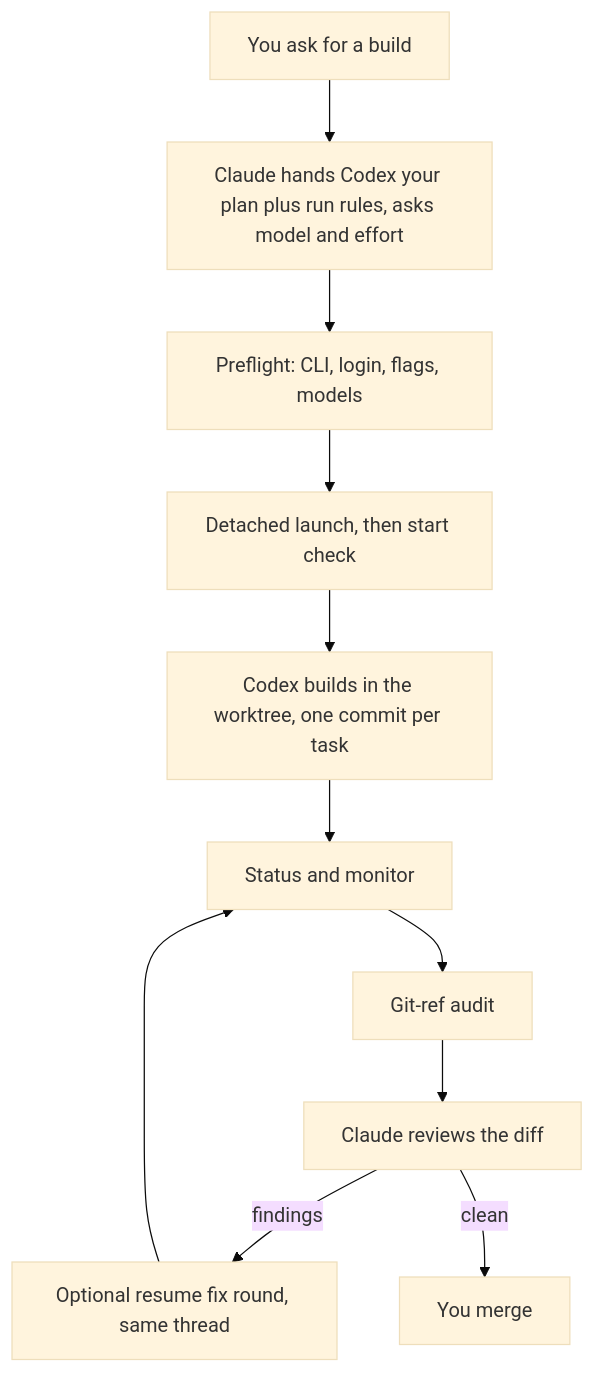
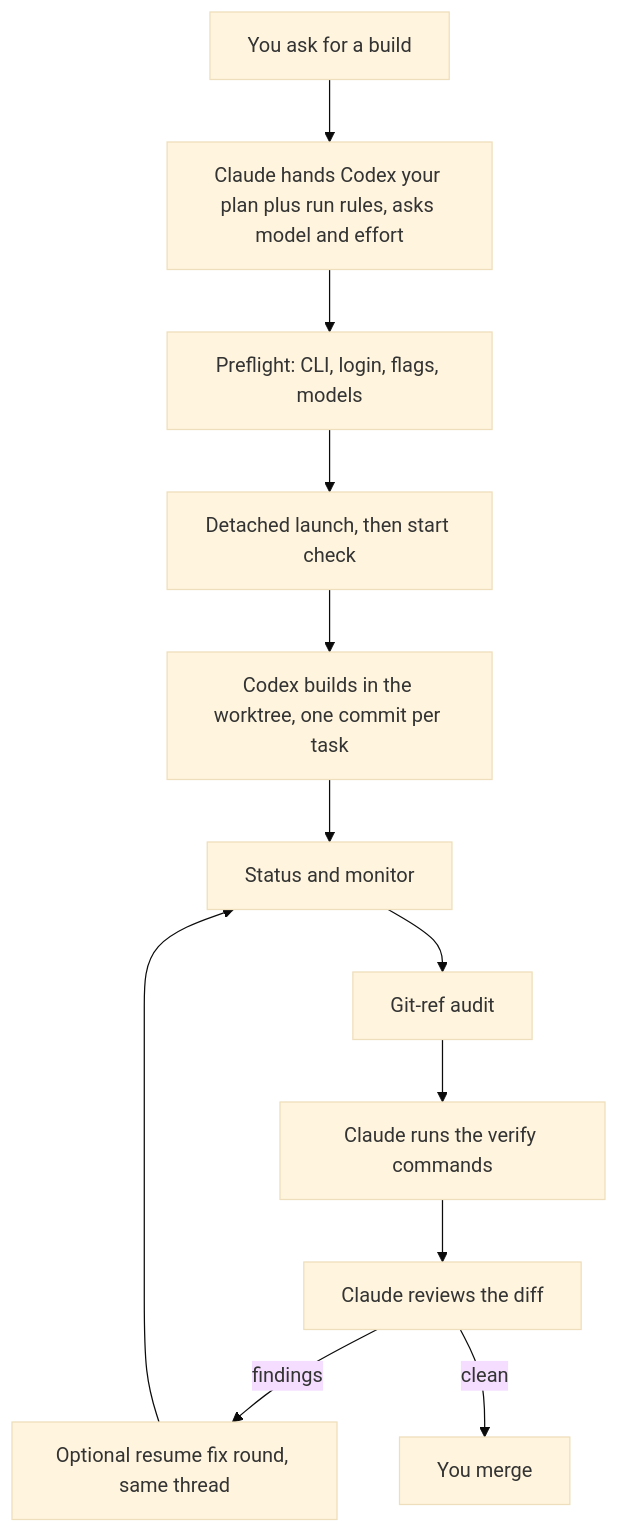
Before and after one commit to guydotan55/codex-use: the diagram in README.md, drawn with Mermaid (base theme). The commit also changed other lines of this file and 3 other files, not shown here.

First line of the commit message:
feat: verify step — Claude runs Codex's How-to-verify commands before review (#3)

````diff
--- a/README.md
+++ b/README.md
@@ -57,13 +58,14 @@
 ```mermaid
 flowchart TD
     A["You ask for a build"] --> B["Claude hands Codex your plan plus run rules, asks model and effort"]
     B --> C["Preflight: CLI, login, flags, models"]
     C --> D["Detached launch, then start check"]
     D --> E["Codex builds in the worktree, one commit per task"]
     E --> F["Status and monitor"]
     F --> G["Git-ref audit"]
-    G --> H["Claude reviews the diff"]
+    G --> V["Claude runs the verify commands"]
+    V --> H["Claude reviews the diff"]
     H -->|findings| I["Optional resume fix round, same thread"]
     I --> F
     H -->|clean| J["You merge"]
 ```
````
